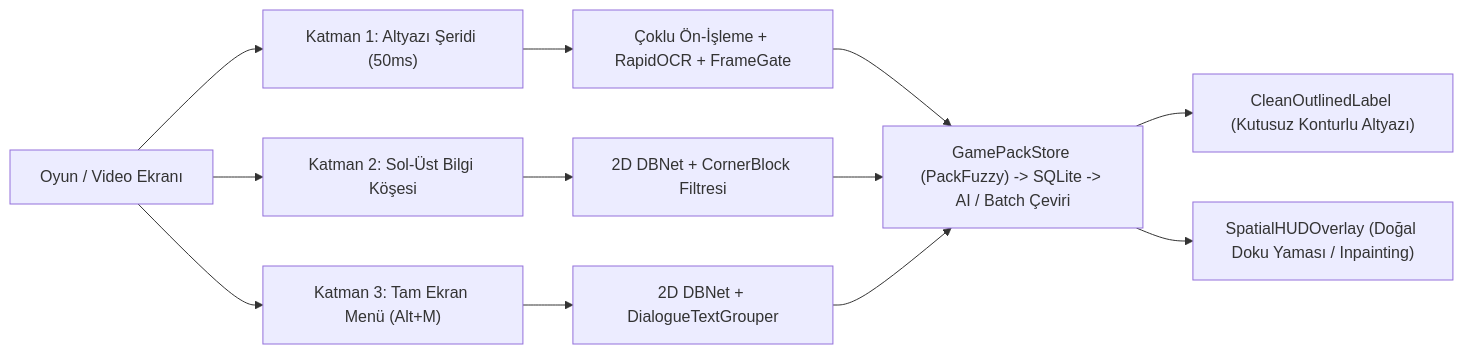
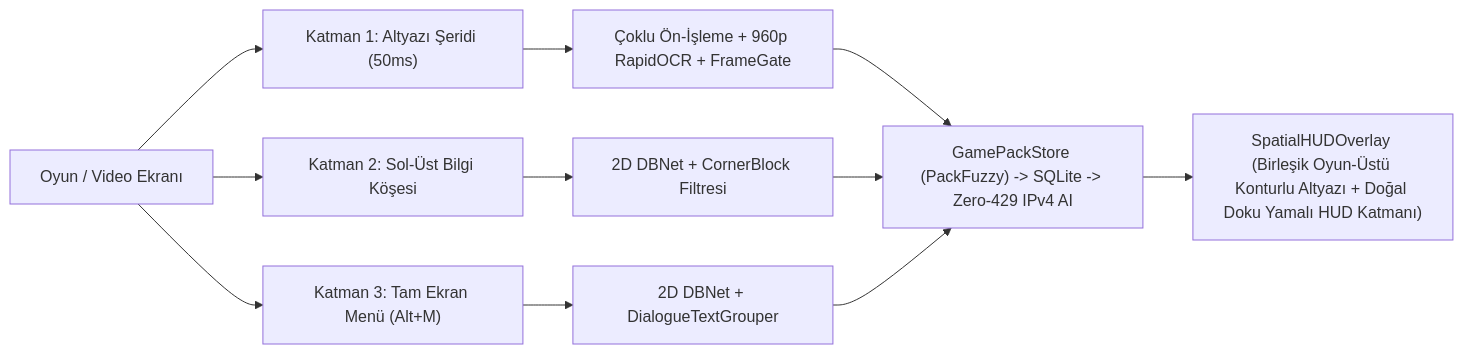
The diagram in README.md (BerkeKeklicek/ReplikAI), drawn with Mermaid before and after one commit. The commit also changed other lines of this file and 8 other files, not shown here.

Commit message:
fix(subtitles): unify overlay rendering on SpatialHUDOverlay, fix 960p DBNet & safezone clipping, auto-start scanning

````diff
--- a/README.md
+++ b/README.md
@@ -51,17 +51,16 @@
 ```mermaid
 flowchart LR
     A["Oyun / Video Ekranı"] --> B["Katman 1: Altyazı Şeridi (50ms)"]
     A --> C["Katman 2: Sol-Üst Bilgi Köşesi"]
     A --> D["Katman 3: Tam Ekran Menü (Alt+M)"]
 
-    B --> E["Çoklu Ön-İşleme + RapidOCR + FrameGate"]
+    B --> E["Çoklu Ön-İşleme + 960p RapidOCR + FrameGate"]
     C --> F["2D DBNet + CornerBlock Filtresi"]
     D --> G["2D DBNet + DialogueTextGrouper"]
 
-    E --> H["GamePackStore (PackFuzzy) -> SQLite -> AI / Batch Çeviri"]
+    E --> H["GamePackStore (PackFuzzy) -> SQLite -> Zero-429 IPv4 AI"]
     F --> H
     G --> H
 
-    H --> I["CleanOutlinedLabel (Kutusuz Konturlu Altyazı)"]
-    H --> J["SpatialHUDOverlay (Doğal Doku Yaması / Inpainting)"]
+    H --> I["SpatialHUDOverlay (Birleşik Oyun-Üstü Konturlu Altyazı + Doğal Doku Yamalı HUD Katmanı)"]
 ```
````
